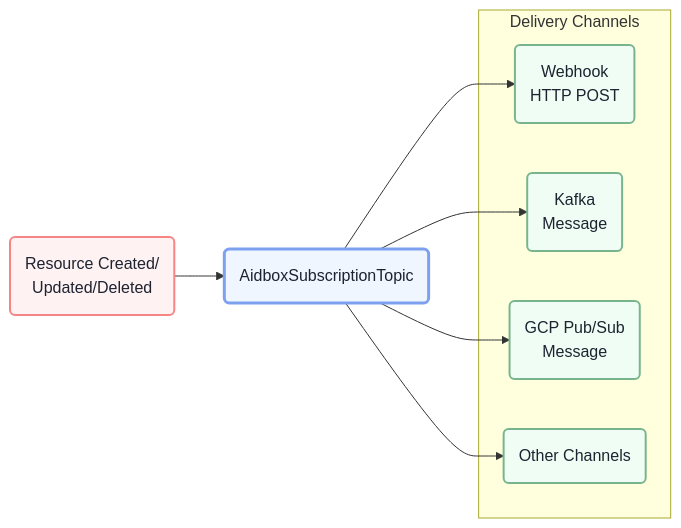
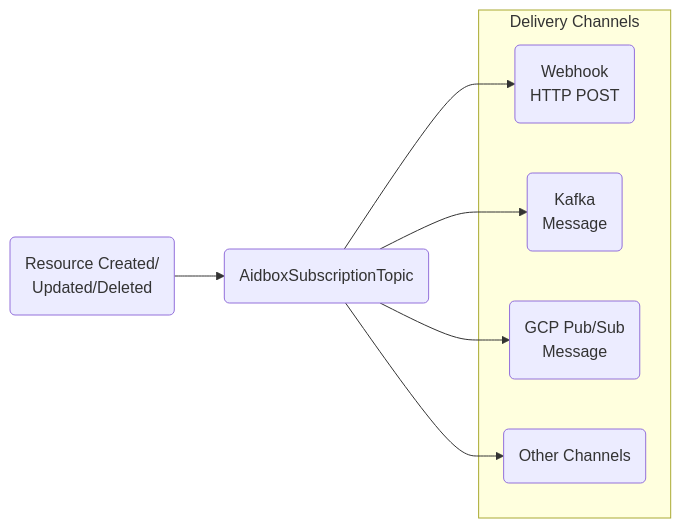
The sixth of 8 diagrams in docs/api/api-overview.md (HealthSamurai/documentation), drawn with Mermaid before and after one commit. The commit also changed other lines of this file and 11 other files, not shown here.

Commit message:
update mermaid diagrams

````diff
--- a/docs/api/api-overview.md
+++ b/docs/api/api-overview.md
@@ -521,48 +421,23 @@
 ```mermaid
 flowchart LR
-    %% NODE STYLES - RED COLOR VARIATIONS
-    classDef red1 fill:#fef2f2,stroke:#F58685,stroke-width:1px,color:#1D2331
-    classDef red2 fill:#fef2f2,stroke:#F58685,stroke-width:2px,color:#1D2331
-    classDef red3 fill:#fef2f2,stroke:#F58685,stroke-width:3px,color:#1D2331
-    %% NODE STYLES - BLUE COLOR VARIATIONS
-    classDef blue1 fill:#eff6ff,stroke:#7DA1EF,stroke-width:1px,color:#1D2331
-    classDef blue2 fill:#eff6ff,stroke:#7DA1EF,stroke-width:2px,color:#1D2331
-    classDef blue3 fill:#eff6ff,stroke:#7DA1EF,stroke-width:3px,color:#1D2331
-    %% NODE STYLES - VIOLET COLOR VARIATIONS
-    classDef violet1 fill:#faf5ff,stroke:#AB8AE3,stroke-width:1px,color:#1D2331
-    classDef violet2 fill:#faf5ff,stroke:#AB8AE3,stroke-width:2px,color:#1D2331
-    classDef violet3 fill:#faf5ff,stroke:#AB8AE3,stroke-width:3px,color:#1D2331
-    %% NODE STYLES - GREEN COLOR VARIATIONS
-    classDef green1 fill:#f0fdf4,stroke:#78B58E,stroke-width:1px,color:#1D2331
-    classDef green2 fill:#f0fdf4,stroke:#78B58E,stroke-width:2px,color:#1D2331
-    classDef green3 fill:#f0fdf4,stroke:#78B58E,stroke-width:3px,color:#1D2331
-    %% NODE STYLES - YELLOW COLOR VARIATIONS
-    classDef yellow1 fill:#fefce8,stroke:#E4BE6F,stroke-width:1px,color:#1D2331
-    classDef yellow2 fill:#fefce8,stroke:#E4BE6F,stroke-width:2px,color:#1D2331
-    classDef yellow3 fill:#fefce8,stroke:#E4BE6F,stroke-width:3px,color:#1D2331
-    %% NODE STYLES - NEUTRAL COLOR VARIATIONS
-    classDef neutral1 fill:#F5F5F6,stroke:#CCCED3,stroke-width:1px,color:#1D2331
-    classDef neutral2 fill:#F5F5F6,stroke:#CCCED3,stroke-width:2px,color:#1D2331
-    classDef neutral3 fill:#F5F5F6,stroke:#CCCED3,stroke-width:3px,color:#1D2331
-    
     CHANGES(Resource Created/<br/>Updated/Deleted)
     QUEUE(AidboxSubscriptionTopic)
     
     subgraph "Delivery Channels"
         WEBHOOK(Webhook<br/>HTTP POST)
         KAFKA(Kafka<br/>Message)
         PUBSUB(GCP Pub/Sub<br/>Message)
         OTHER(Other Channels)
     end
     
     CHANGES --> QUEUE
     
     QUEUE --> WEBHOOK
     QUEUE --> KAFKA
     QUEUE --> PUBSUB
     QUEUE --> OTHER
     
     class CHANGES red2
     class QUEUE blue3
     class WEBHOOK,KAFKA,PUBSUB,OTHER green2
 ```
````
